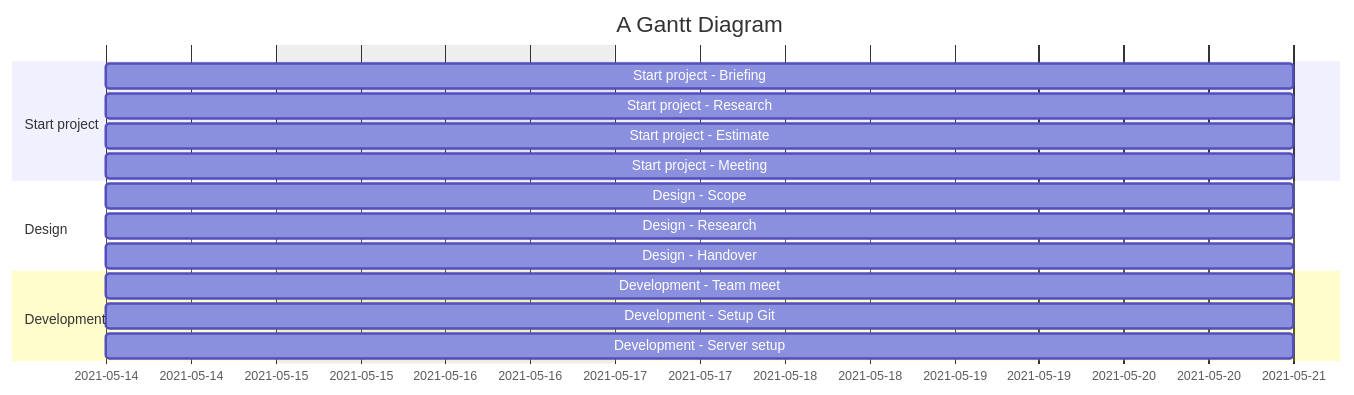
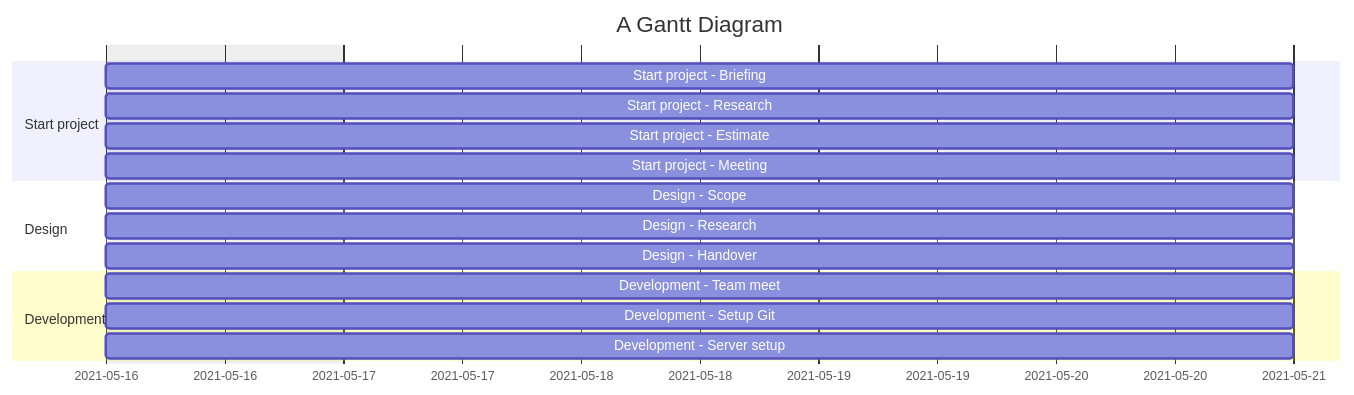
The diagram in docs/data/estimate_2021.csv.planning.converted.md (MatthijsKamstra/fonkee-issues), drawn with Mermaid before and after one commit. The commit also changed 7 other files, not shown here.

````diff
--- a/docs/data/estimate_2021.csv.planning.converted.md
+++ b/docs/data/estimate_2021.csv.planning.converted.md
@@ -2,31 +2,31 @@
 ```mermaid
 gantt
 	title A Gantt Diagram
 	dateFormat  YYYY-MM-DD
 	excludes    weekends
 
 	%% section Section
 	%% A task           :a1, 2014-01-01, 30d
 	%% Another task     :after a1  , 20d
 	%% section Another
 	%% Task in sec      :2014-01-12  , 12d
 	%% another task      : 24d
 
 
 	section Start project
-	Start project - Briefing		:2021-05-14, 5d
-	Start project - Research		:2021-05-14, 5d
-	Start project - Estimate		:2021-05-14, 5d
-	Start project - Meeting		:2021-05-14, 5d
+	Start project - Briefing		:2021-05-16, 5d
+	Start project - Research		:2021-05-16, 5d
+	Start project - Estimate		:2021-05-16, 5d
+	Start project - Meeting		:2021-05-16, 5d
 
 	section Design
-	Design - Scope		:2021-05-14, 5d
-	Design - Research		:2021-05-14, 5d
-	Design - Handover		:2021-05-14, 5d
+	Design - Scope		:2021-05-16, 5d
+	Design - Research		:2021-05-16, 5d
+	Design - Handover		:2021-05-16, 5d
 
 	section Development
-	Development - Team meet		:2021-05-14, 5d
-	Development - Setup Git		:2021-05-14, 5d
-	Development - Server setup		:2021-05-14, 5d
+	Development - Team meet		:2021-05-16, 5d
+	Development - Setup Git		:2021-05-16, 5d
+	Development - Server setup		:2021-05-16, 5d
 
 ```
````
